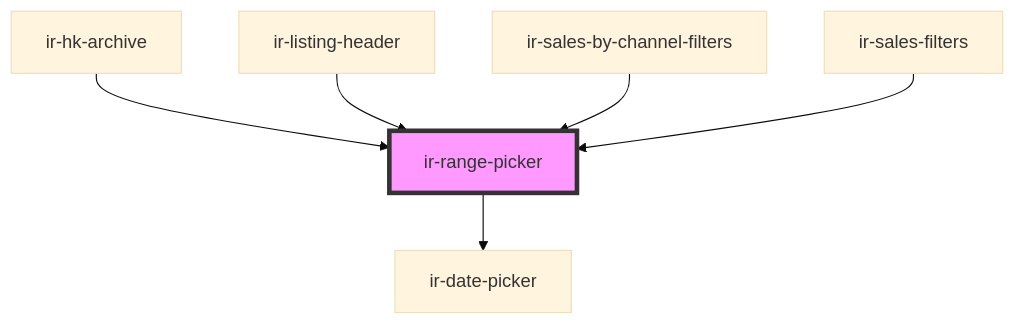
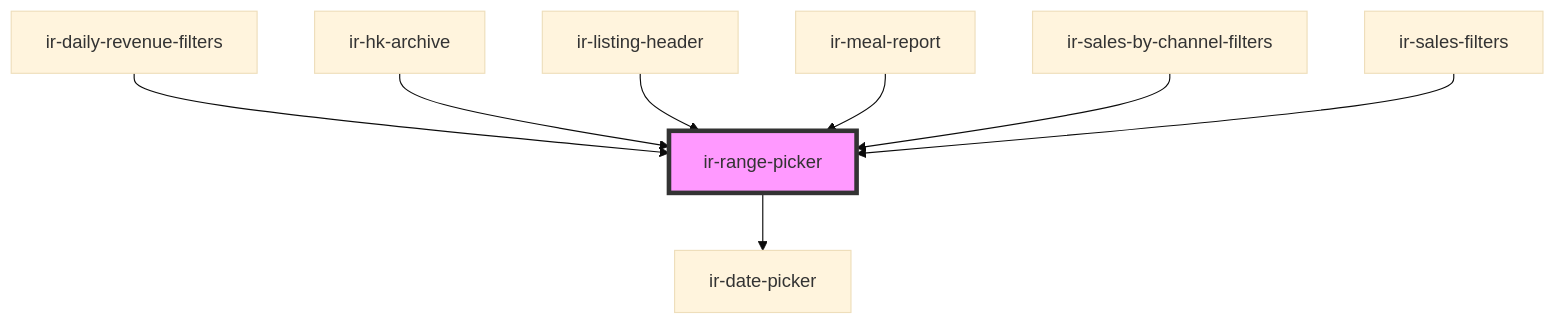
Before and after one commit to RonyRizk/ir-webcmp: the diagram in src/components/ir-housekeeping/ir-hk-tasks/ir-hk-archive/ir-range-picker/readme.md, drawn with Mermaid (base theme). The commit also changed other lines of this file and 44 other files, not shown here.

````diff
--- a/src/components/ir-housekeeping/ir-hk-tasks/ir-hk-archive/ir-range-picker/readme.md
+++ b/src/components/ir-housekeeping/ir-hk-tasks/ir-hk-archive/ir-range-picker/readme.md
@@ -41,9 +43,11 @@
 ```mermaid
 graph TD;
   ir-range-picker --> ir-date-picker
+  ir-daily-revenue-filters --> ir-range-picker
   ir-hk-archive --> ir-range-picker
   ir-listing-header --> ir-range-picker
+  ir-meal-report --> ir-range-picker
   ir-sales-by-channel-filters --> ir-range-picker
   ir-sales-filters --> ir-range-picker
   style ir-range-picker fill:#f9f,stroke:#333,stroke-width:4px
 ```
````
